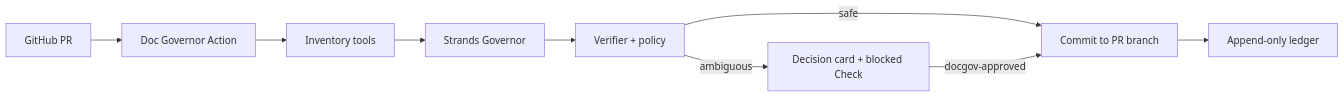
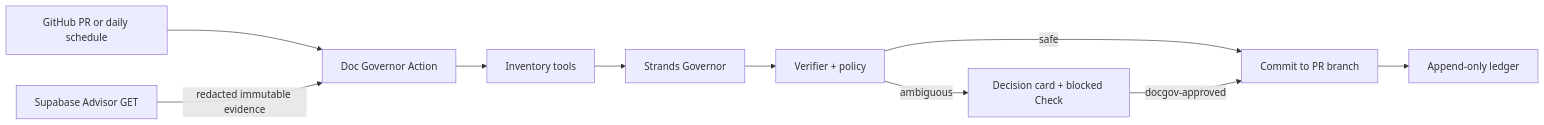
Before and after one commit to SophieYu04/doc-governor: the diagram in README.md, drawn with Mermaid. The commit also changed other lines of this file and 11 other files, not shown here.

Commit message:
feat: add read-only Supabase Advisor evidence

````diff
--- a/README.md
+++ b/README.md
@@ -105,11 +129,12 @@
 ```mermaid
 flowchart LR
-  A["GitHub PR"] --> B["Doc Governor Action"]
+  A["GitHub PR or daily schedule"] --> B["Doc Governor Action"]
+  S["Supabase Advisor GET"] -->|"redacted immutable evidence"| B
   B --> C["Inventory tools"]
   C --> D["Strands Governor"]
   D --> E["Verifier + policy"]
   E -->|"safe"| F["Commit to PR branch"]
   E -->|"ambiguous"| G["Decision card + blocked Check"]
   G -->|"docgov-approved"| F
   F --> H["Append-only ledger"]
 ```
````
